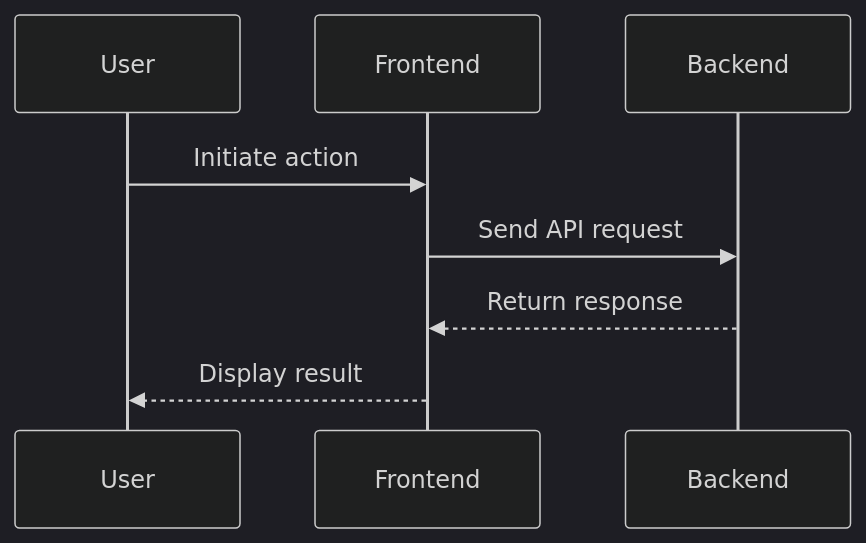
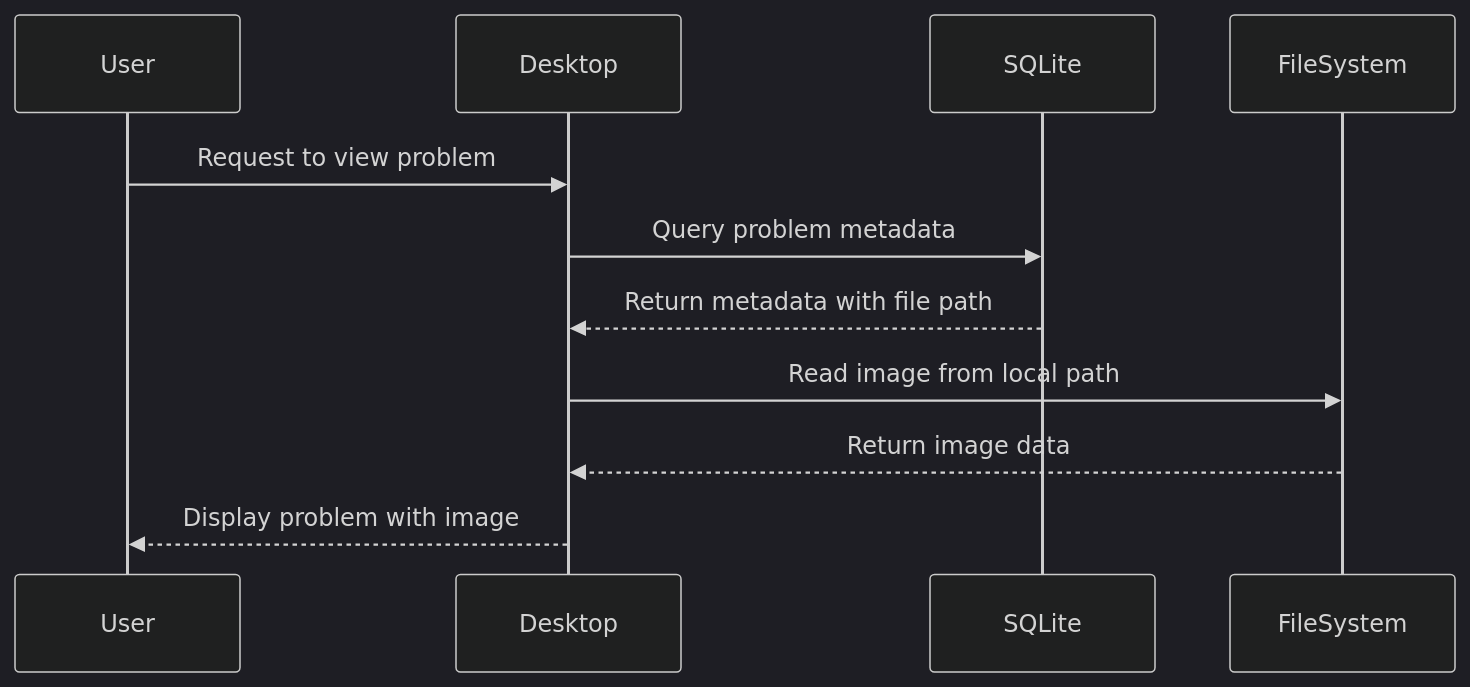
Before and after one commit to chene0/plutodesk: the fourth of 10 diagrams in docs/03-interaction-modeling.md, drawn with Mermaid (dark theme). The commit also changed other lines of this file and 4 other files, not shown here.

````diff
--- a/docs/03-interaction-modeling.md
+++ b/docs/03-interaction-modeling.md
@@ -8,10 +116,14 @@
 ```mermaid
 sequenceDiagram
     participant User
-    participant Frontend
-    participant Backend
-    User->>Frontend: Initiate action
-    Frontend->>Backend: Send API request
-    Backend-->>Frontend: Return response
-    Frontend-->>User: Display result
+    participant Desktop
+    participant SQLite
+    participant FileSystem
+    
+    User->>Desktop: Request to view problem
+    Desktop->>SQLite: Query problem metadata
+    SQLite-->>Desktop: Return metadata with file path
+    Desktop->>FileSystem: Read image from local path
+    FileSystem-->>Desktop: Return image data
+    Desktop-->>User: Display problem with image
 ```
````
